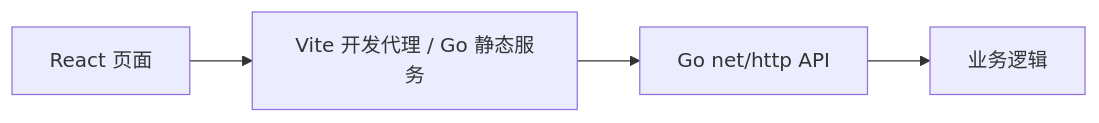
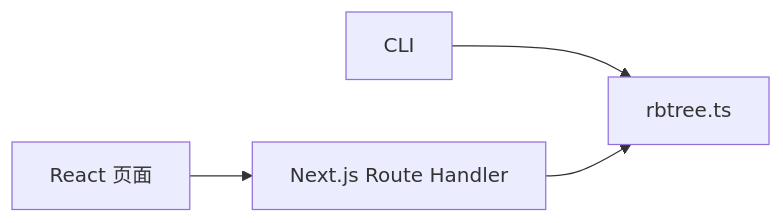
One commit to ImWenyaoT/etc changed the diagram in random-red-black-tree-sort/docs/architecture.md. Above: the diagram before and after it, drawn with Mermaid. The commit also changed other lines of this file and 46 other files, not shown here.

````diff
--- a/random-red-black-tree-sort/docs/architecture.md
+++ b/random-red-black-tree-sort/docs/architecture.md
@@ -3,6 +3,6 @@
 ```mermaid
 flowchart LR
-  UI[React 页面] --> Proxy[Vite 开发代理 / Go 静态服务]
-  Proxy --> API[Go net/http API]
-  API --> Core[业务逻辑]
+  UI[React 页面] --> API[Next.js Route Handler]
+  CLI[CLI] --> Core[rbtree.ts]
+  API --> Core
 ```
````
